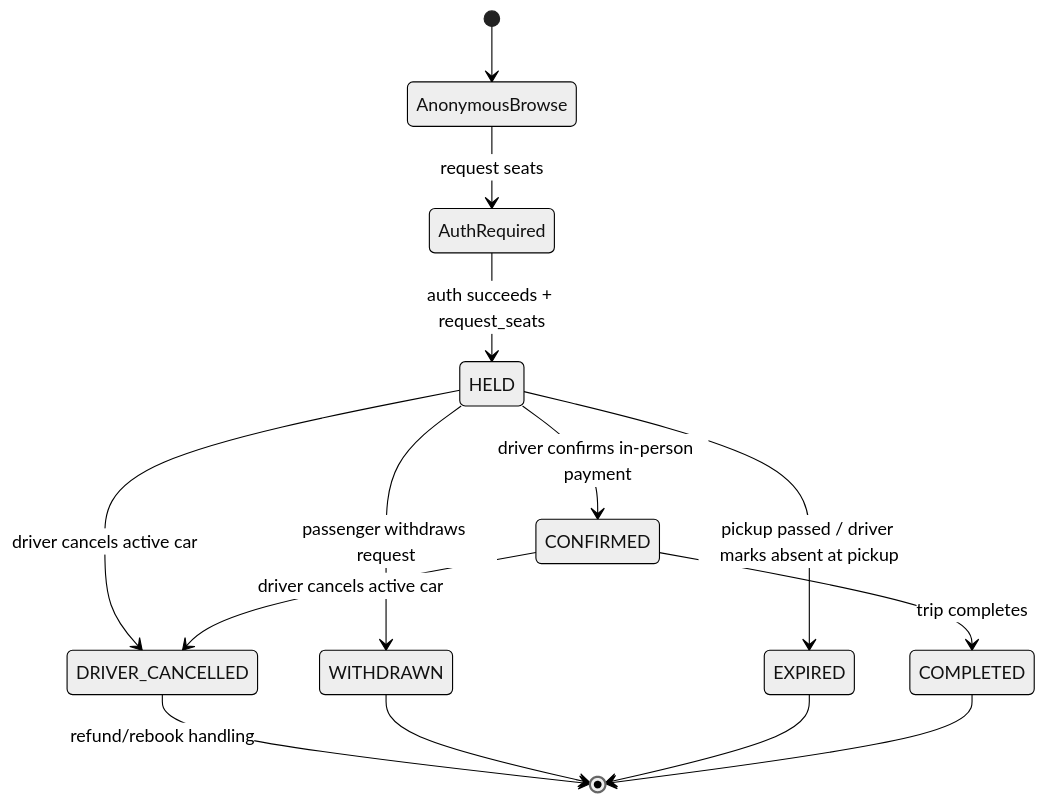
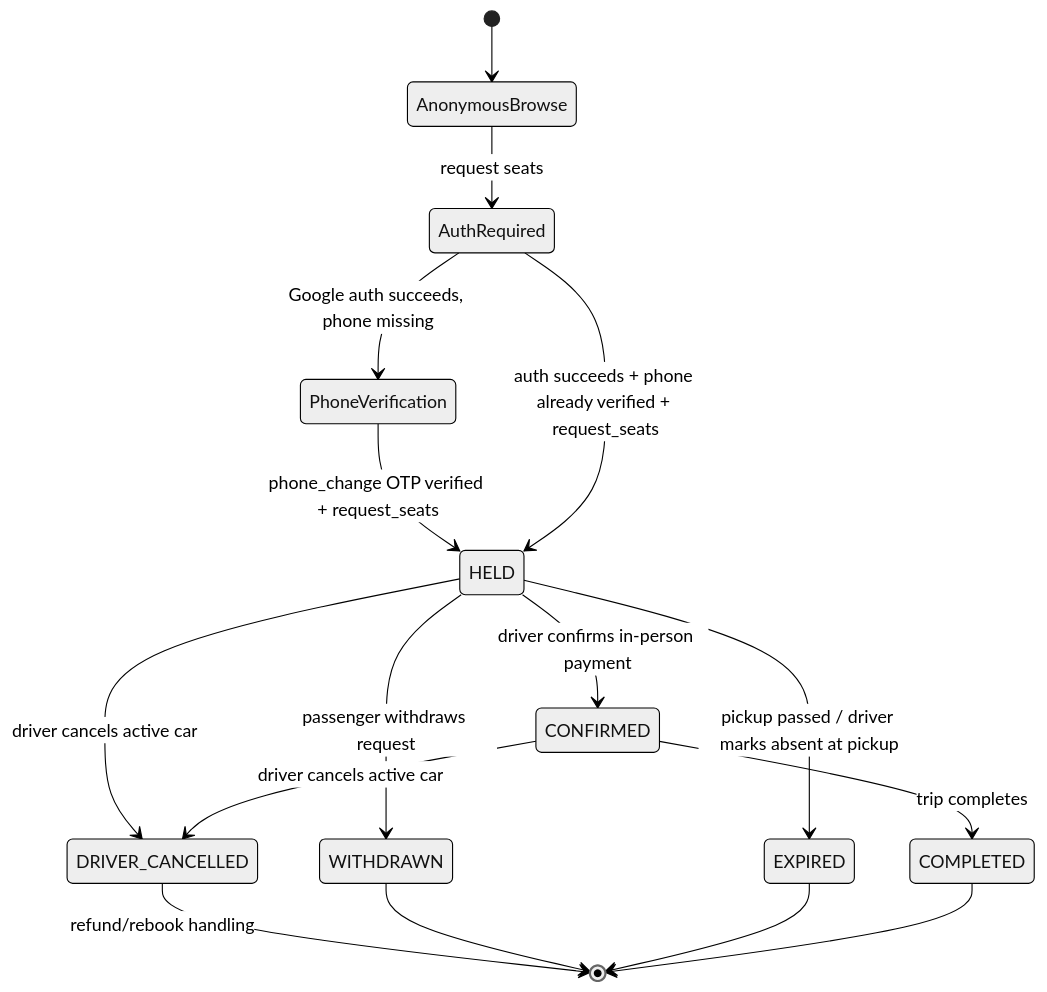
One commit to rajeevbackup42112-coder/raahimini changed the second of 11 diagrams in docs/RAAHI_MASTER_ARCHITECTURE.md. Above: the diagram before and after it, drawn with Mermaid (neutral theme). The commit also changed other lines of this file, not shown here.

Commit message:
Document verified passenger phone invariant

````diff
--- a/docs/RAAHI_MASTER_ARCHITECTURE.md
+++ b/docs/RAAHI_MASTER_ARCHITECTURE.md
@@ -71,16 +71,18 @@
 ```mermaid
 stateDiagram-v2
     [*] --> AnonymousBrowse
     AnonymousBrowse --> AuthRequired : request seats
-    AuthRequired --> HELD : auth succeeds + request_seats
+    AuthRequired --> PhoneVerification : Google auth succeeds, phone missing
+    PhoneVerification --> HELD : phone_change OTP verified + request_seats
+    AuthRequired --> HELD : auth succeeds + phone already verified + request_seats
     HELD --> CONFIRMED : driver confirms in-person payment
     HELD --> WITHDRAWN : passenger withdraws request
     HELD --> EXPIRED : pickup passed / driver marks absent at pickup
     HELD --> DRIVER_CANCELLED : driver cancels active car
     CONFIRMED --> DRIVER_CANCELLED : driver cancels active car
     CONFIRMED --> COMPLETED : trip completes
     DRIVER_CANCELLED --> [*] : refund/rebook handling
     WITHDRAWN --> [*]
     EXPIRED --> [*]
     COMPLETED --> [*]
 ```
````
